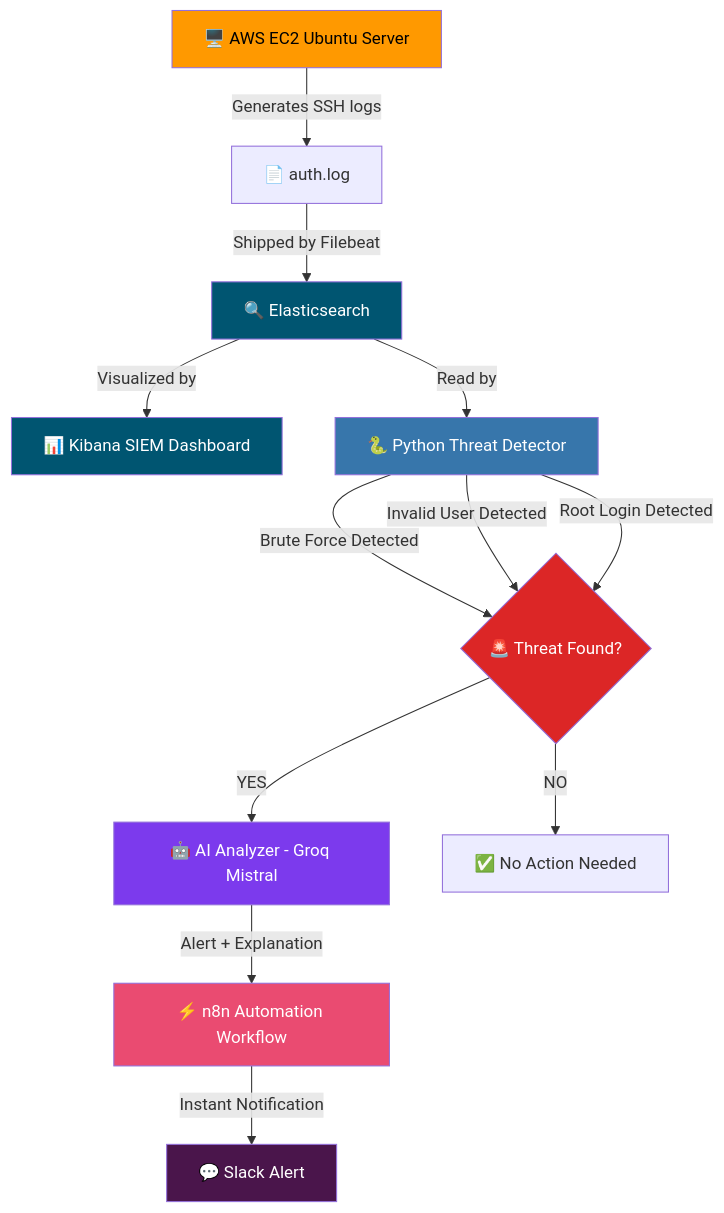
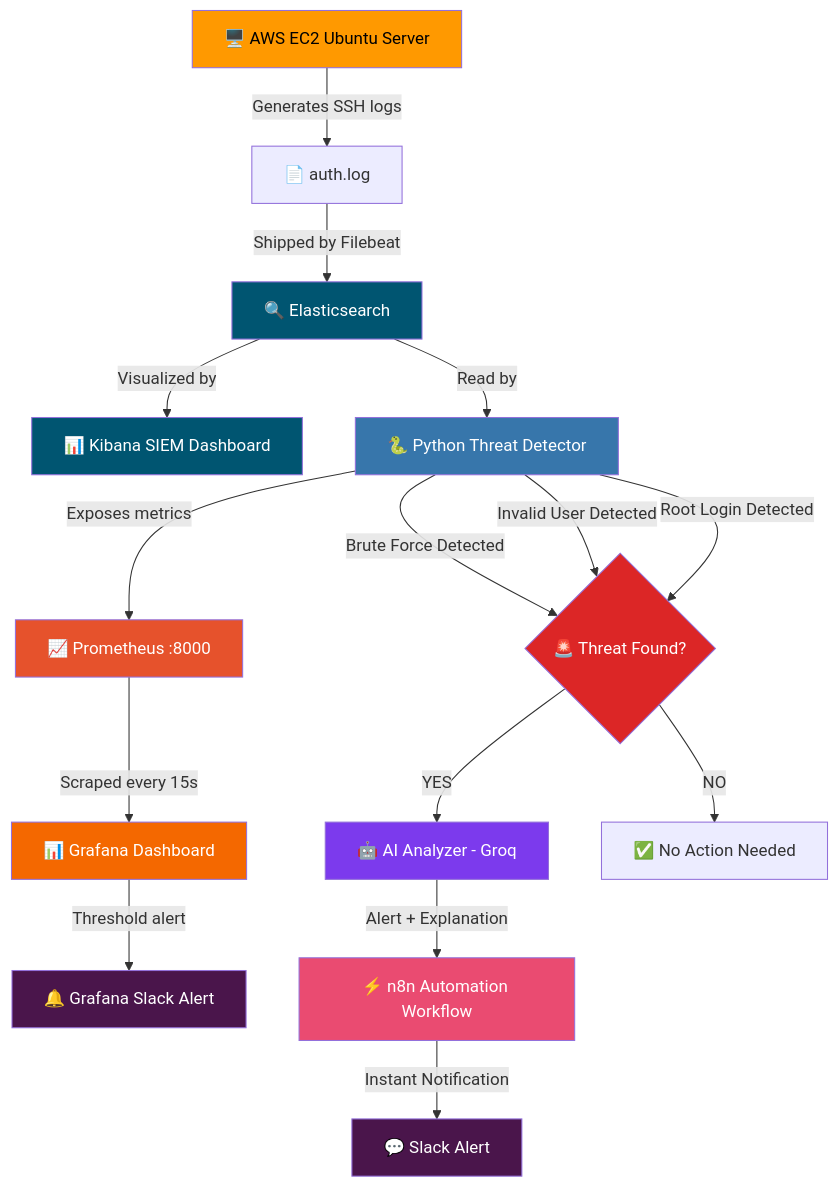
Before and after one commit to gaus13/Cloud-Security-Monitoring: the diagram in README.md, drawn with Mermaid. The commit also changed other lines of this file, not shown here.

Commit message:
added architecture diagram

````diff
--- a/README.md
+++ b/README.md
@@ -12,26 +11,28 @@
 ```mermaid
 flowchart TD
     A[🖥️ AWS EC2 Ubuntu Server] -->|Generates SSH logs| B[📄 auth.log]
     B -->|Shipped by Filebeat| C[🔍 Elasticsearch]
     C -->|Visualized by| D[📊 Kibana SIEM Dashboard]
     C -->|Read by| E[🐍 Python Threat Detector]
-    
+    E -->|Exposes metrics| P[📈 Prometheus :8000]
+    P -->|Scraped every 15s| Q[📊 Grafana Dashboard]
+    Q -->|Threshold alert| R[🔔 Grafana Slack Alert]
     E -->|Brute Force Detected| F{🚨 Threat Found?}
     E -->|Invalid User Detected| F
     E -->|Root Login Detected| F
-    
-    F -->|YES| G[🤖 AI Analyzer - Groq Mistral]
+    F -->|YES| G[🤖 AI Analyzer - Groq]
     F -->|NO| H[✅ No Action Needed]
-    
     G -->|Alert + Explanation| I[⚡ n8n Automation Workflow]
     I -->|Instant Notification| J[💬 Slack Alert]
-
     style A fill:#FF9900,color:#000
     style C fill:#005571,color:#fff
     style D fill:#005571,color:#fff
     style E fill:#3776AB,color:#fff
     style G fill:#7C3AED,color:#fff
     style I fill:#EA4B71,color:#fff
     style J fill:#4A154B,color:#fff
     style F fill:#DC2626,color:#fff
+    style P fill:#E6522C,color:#fff
+    style Q fill:#F46800,color:#fff
+    style R fill:#4A154B,color:#fff
 ```
````
